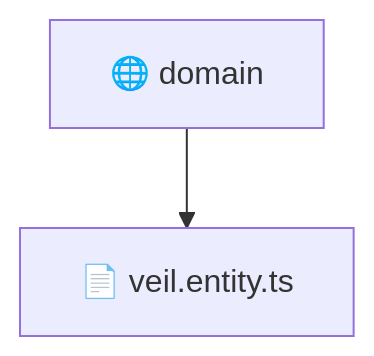
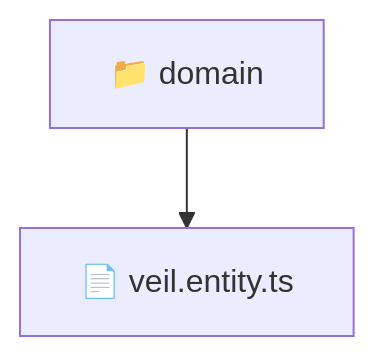
Before and after one commit to beginwebdev2002/fullstack-mavluda: the diagram in backend/src/modules/veil/domain/README.md, drawn with Mermaid. The commit also changed other lines of this file and 159 other files, not shown here.

````diff
--- a/backend/src/modules/veil/domain/README.md
+++ b/backend/src/modules/veil/domain/README.md
@@ -11,5 +9,5 @@
 ```mermaid
 graph TD
-  domain["🌐 domain"]
-  domain --> domain_veil_entity_ts["📄 veil.entity.ts"]
+  Root["📁 domain"]
+  Root --> veil_entity_ts["📄 veil.entity.ts"]
 ```
````
